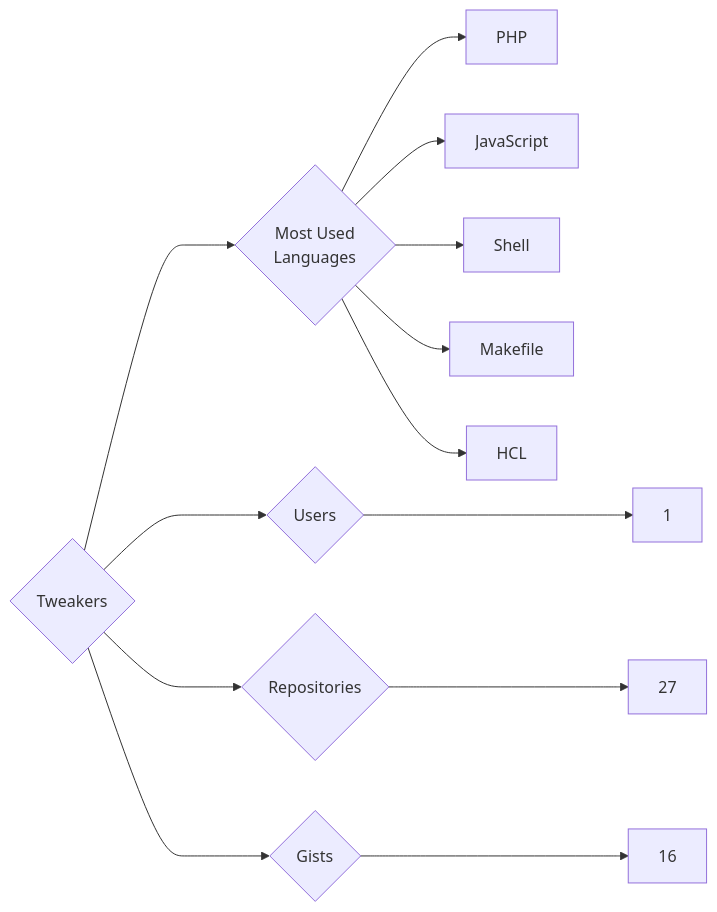
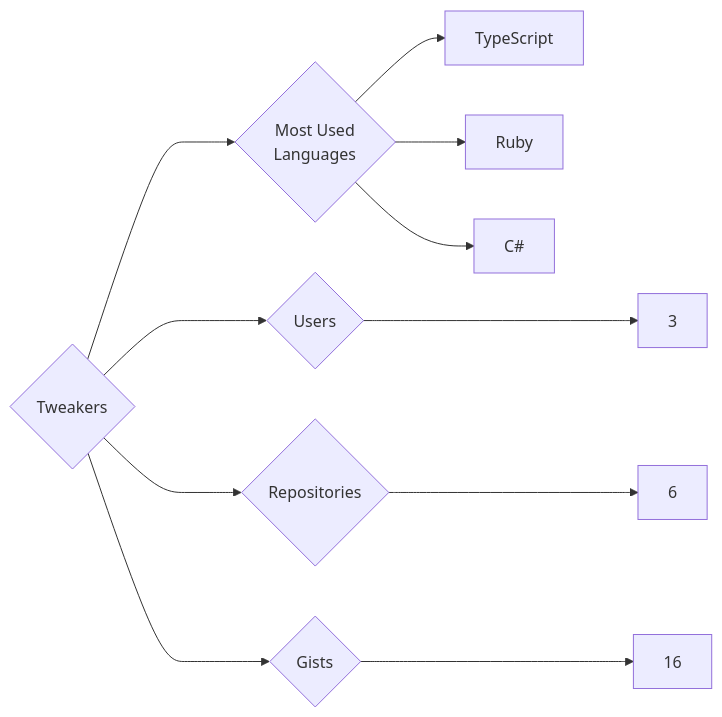
The diagram in targets/Tweakers/README.md (trickest/insiders), drawn with Mermaid before and after one commit. The commit also changed 1496 other files, not shown here.

````diff
--- a/targets/Tweakers/README.md
+++ b/targets/Tweakers/README.md
@@ -3,13 +3,11 @@
 ```mermaid
 graph LR
 COMPANY_NAME{Tweakers}
-COMPANY_NAME ---> U{Users} ---> UN[1]
-COMPANY_NAME ---> R{Repositories} ---> RN[27]
+COMPANY_NAME ---> U{Users} ---> UN[3]
+COMPANY_NAME ---> R{Repositories} ---> RN[6]
 COMPANY_NAME ---> G{Gists} ---> GN[16]
 COMPANY_NAME ---> ML{Most Used<br>Languages}
-ML --> PHP[PHP]
-ML --> JavaScript[JavaScript]
-ML --> Shell[Shell]
-ML --> Makefile[Makefile]
-ML --> HCL[HCL]
+ML --> TypeScript[TypeScript]
+ML --> Ruby[Ruby]
+ML --> C#[C#]
 ```
````
